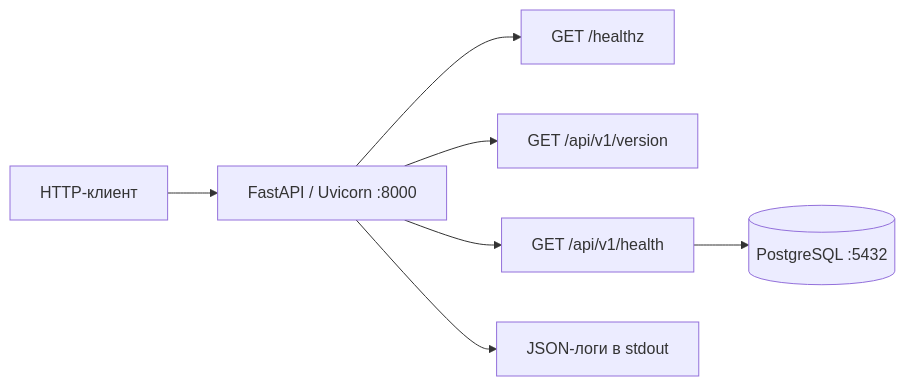
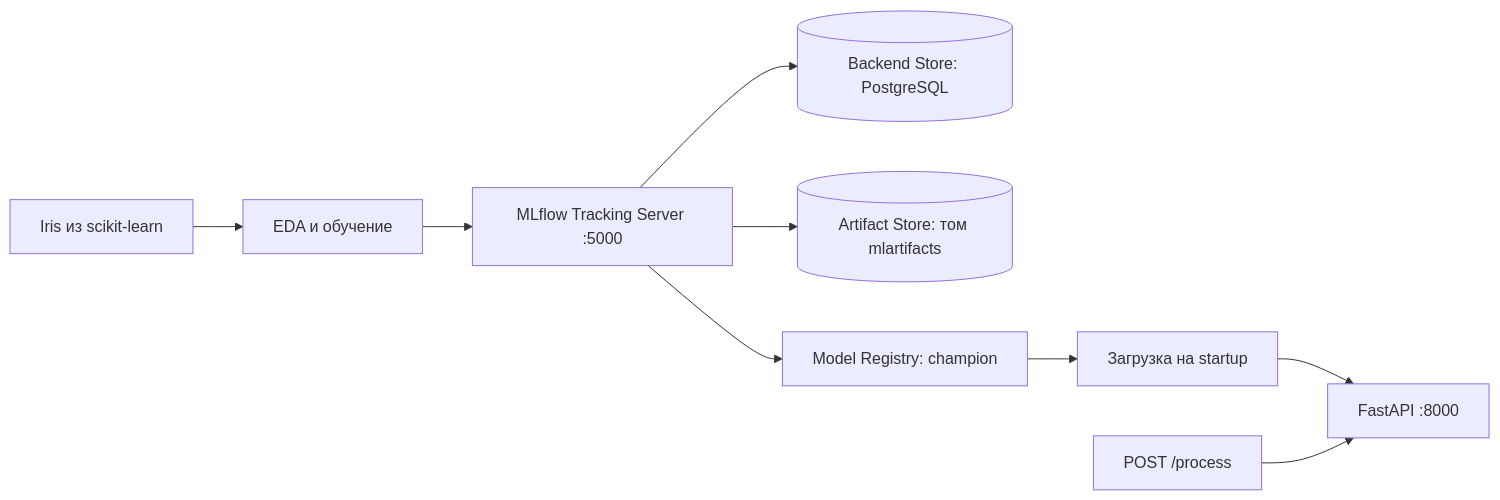
Before and after one commit to ivampo/MLOps2026: the diagram in README.md, drawn with Mermaid. The commit also changed other lines of this file, not shown here.

Commit message:
doc: document MLflow workflow and model version switching

````diff
--- a/README.md
+++ b/README.md
@@ -187,9 +70,11 @@
 ```mermaid
 flowchart LR
-    Client[HTTP-клиент] --> App[FastAPI / Uvicorn :8000]
-    App --> Live[GET /healthz]
-    App --> Version[GET /api/v1/version]
-    App --> Health[GET /api/v1/health]
-    Health --> DB[(PostgreSQL :5432)]
-    App --> Logs[JSON-логи в stdout]
+    Data[Iris из scikit-learn] --> Train[EDA и обучение]
+    Train --> Tracking[MLflow Tracking Server :5000]
+    Tracking --> DB[(Backend Store: PostgreSQL)]
+    Tracking --> Artifacts[(Artifact Store: том mlartifacts)]
+    Tracking --> Registry[Model Registry: champion]
+    Registry --> Startup[Загрузка на startup]
+    Startup --> App[FastAPI :8000]
+    Client[POST /process] --> App
 ```
````
